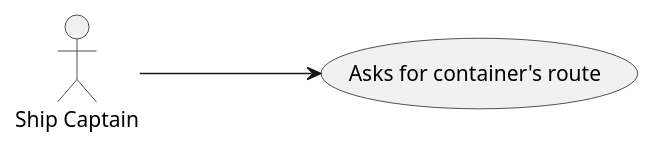
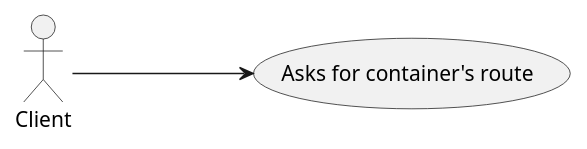
Before and after one commit to 1190772/LAB-Project-3: the diagram in docs/Sprint 3/US/US305/US305_UCD.puml, drawn with PlantUML. The commit also changed 5 other files, not shown here.

```diff
--- a/docs/Sprint 3/US/US305/US305_UCD.puml
+++ b/docs/Sprint 3/US/US305/US305_UCD.puml
@@ -1,10 +1,10 @@
 @startuml
 'https://plantuml.com/use-case-diagram
 
 left to right direction
 
-:Ship Captain: as SP
+:Client: as C
 (Asks for container's route) as (Use)
 
-SP ---> (Use)
+C ---> (Use)
 @enduml
```
